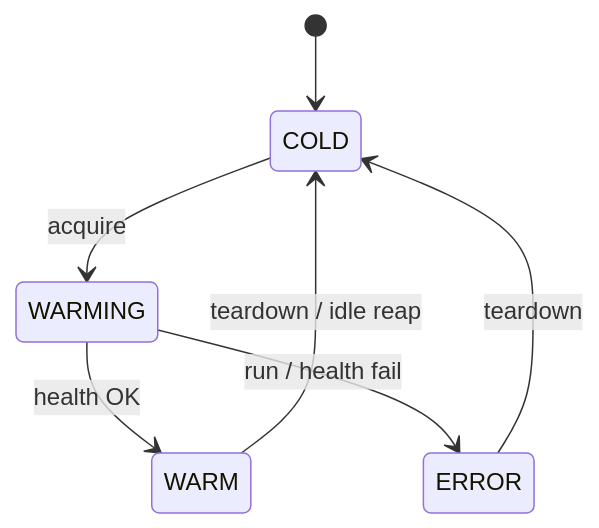
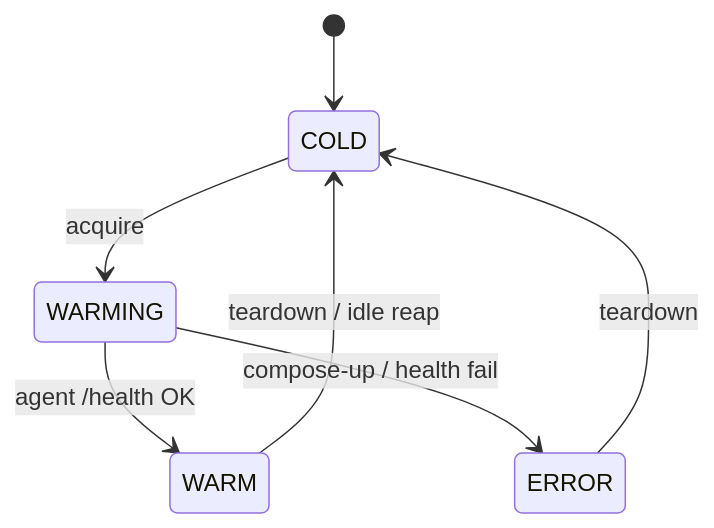
The diagram in backend/agents/agent_provisioning_team/sandbox/README.md (brandonkindred/Khala-Agentic-AI-Teams), drawn with Mermaid before and after one commit. The commit also changed other lines of this file and 46 other files, not shown here.

````diff
--- a/backend/agents/agent_provisioning_team/sandbox/README.md
+++ b/backend/agents/agent_provisioning_team/sandbox/README.md
@@ -25,9 +53,9 @@
 ```mermaid
 stateDiagram-v2
     [*] --> COLD
     COLD --> WARMING: acquire
-    WARMING --> WARM: health OK
-    WARMING --> ERROR: run / health fail
+    WARMING --> WARM: agent /health OK
+    WARMING --> ERROR: compose-up / health fail
     WARM --> COLD: teardown / idle reap
     ERROR --> COLD: teardown
 ```
````
